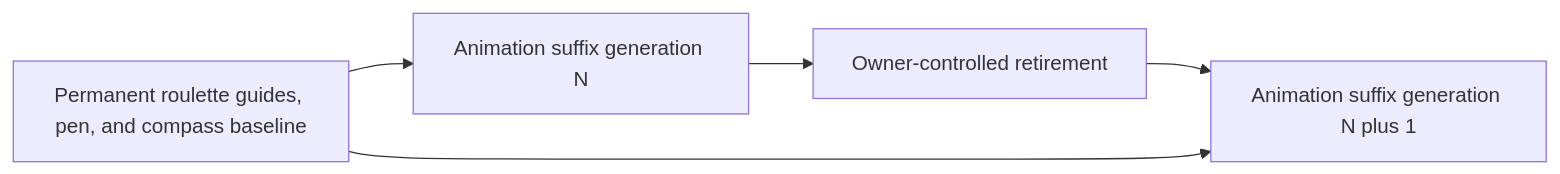
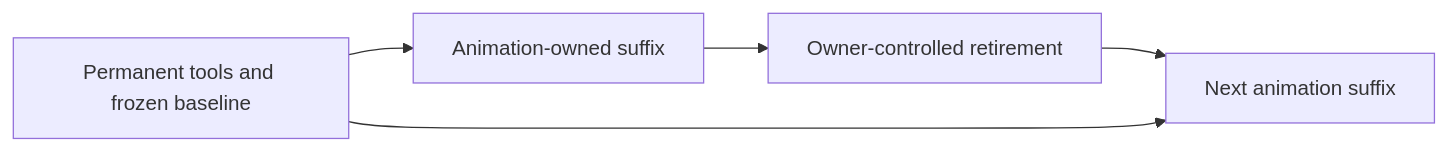
The fourth of 4 diagrams in docs/wiki/Guides/ShapeSystem.md (derekshoneycutt/Euclid), drawn with Mermaid before and after one commit. The commit also changed other lines of this file and 11 other files, not shown here.

````diff
--- a/docs/wiki/Guides/ShapeSystem.md
+++ b/docs/wiki/Guides/ShapeSystem.md
@@ -390,10 +226,10 @@
 ```mermaid
 flowchart LR
-    B[Permanent roulette guides, pen, and compass baseline]
-    A1[Animation suffix generation N]
-    R[Owner-controlled retirement]
-    A2[Animation suffix generation N plus 1]
+    Baseline[Permanent tools and frozen baseline]
+    Current[Animation-owned suffix]
+    Retire[Owner-controlled retirement]
+    Next[Next animation suffix]
 
-    B --> A1 --> R --> A2
-    B --> A2
+    Baseline --> Current --> Retire --> Next
+    Baseline --> Next
 ```
````
